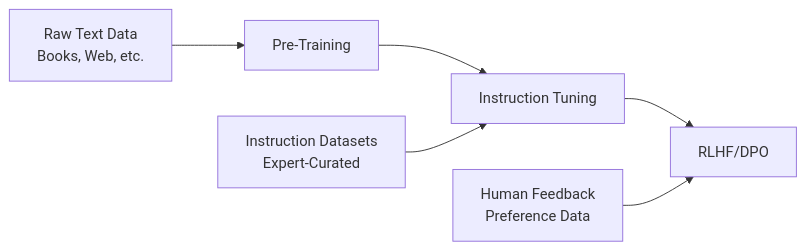
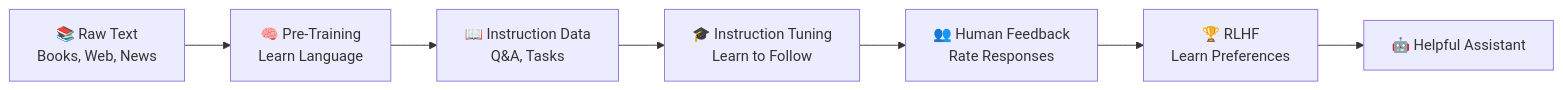
Before and after one commit to saifkheraj/d_s: the diagram in GenAI/RHLF/README.md, drawn with Mermaid. The commit also changed other lines of this file, not shown here.

````diff
--- a/GenAI/RHLF/README.md
+++ b/GenAI/RHLF/README.md
@@ -41,9 +390,9 @@
 ```mermaid
 graph LR
-    A[Pre-Training] --> B[Instruction Tuning]
-    B --> C[RLHF/DPO]
-    
-    A1[Raw Text Data<br/>Books, Web, etc.] --> A
-    B1[Instruction Datasets<br/>Expert-Curated] --> B
-    C1[Human Feedback<br/>Preference Data] --> C
+    A[📚 Raw Text<br/>Books, Web, News] --> B[🧠 Pre-Training<br/>Learn Language]
+    B --> C[📖 Instruction Data<br/>Q&A, Tasks] 
+    C --> D[🎓 Instruction Tuning<br/>Learn to Follow]
+    D --> E[👥 Human Feedback<br/>Rate Responses]
+    E --> F[🏆 RLHF<br/>Learn Preferences]
+    F --> G[🤖 Helpful Assistant]
 ```
````
